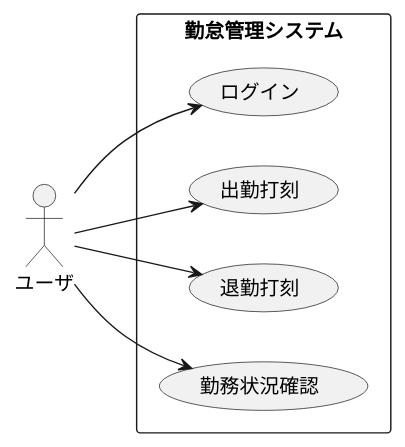
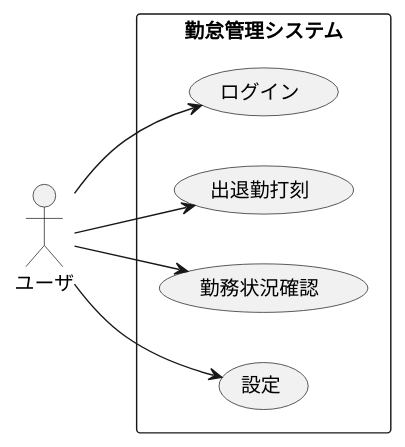
One commit to albyte/Hands-on-2019-03-10 changed the diagram in docs/service_usecase.puml. Above: the diagram before and after it, drawn with PlantUML. The commit also changed 7 other files, not shown here.

```diff
--- a/docs/service_usecase.puml
+++ b/docs/service_usecase.puml
@@ -1,11 +1,11 @@
 @startuml
 left to right direction
 skinparam packageStyle rectangle
 actor "ユーザ" AS user
 rectangle "勤怠管理システム" {
   user --> (ログイン)
-  user --> (出勤打刻)
-  user --> (退勤打刻)
+  user --> (出退勤打刻)
   user --> (勤務状況確認)
+  user --> (設定)
 }
 @enduml
```
